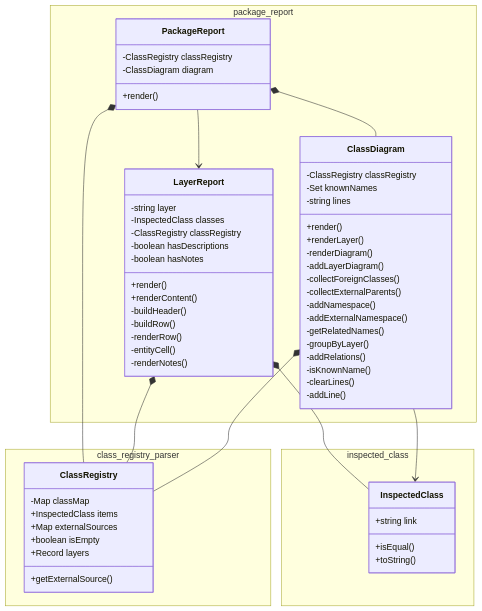
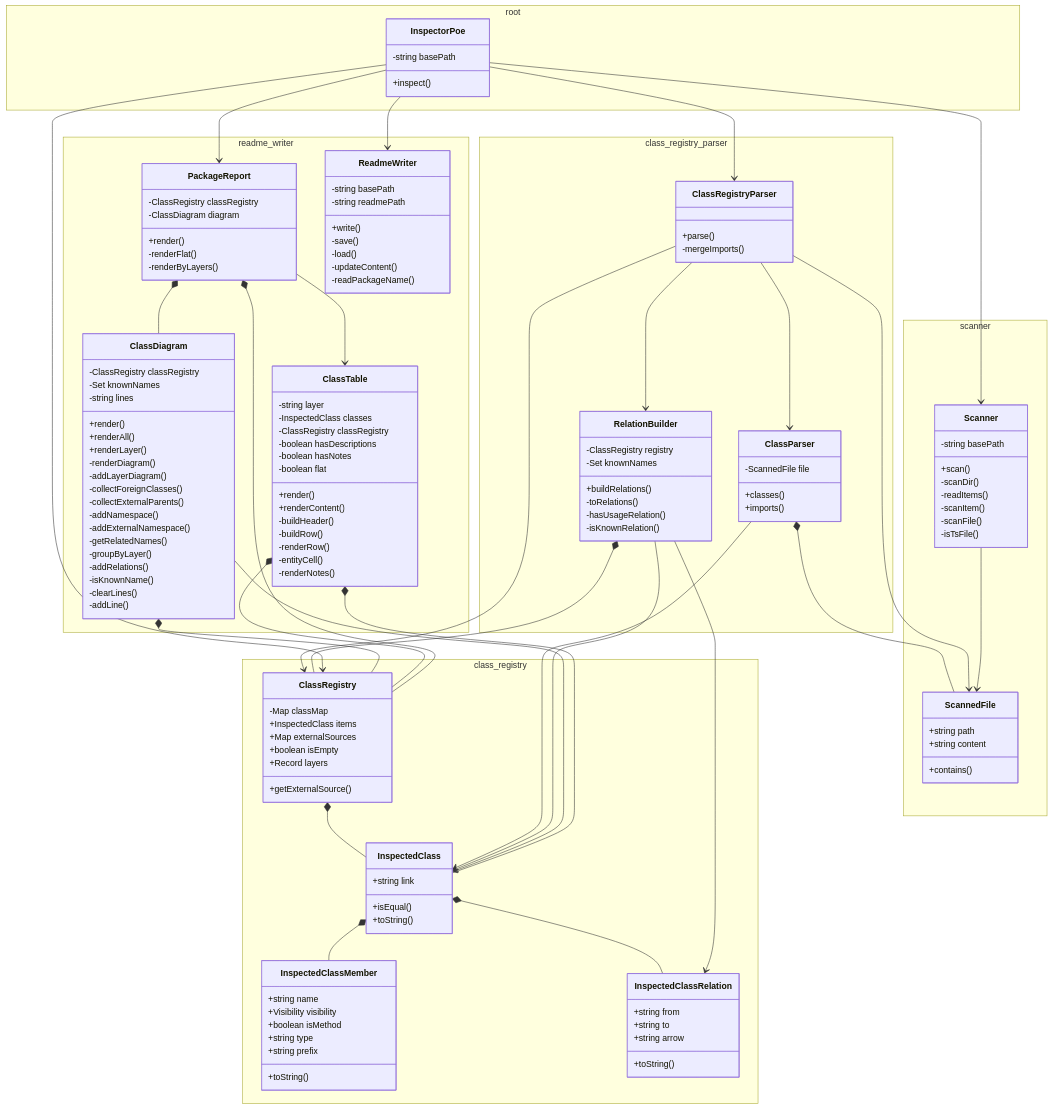
The diagram in packages/poe/README.md (pslotinsky/decay-of-magic), drawn with Mermaid before and after one commit. The commit also changed other lines of this file and 20 other files, not shown here.

Commit message:
DOD-0004: Add flat-mode for Poe

````diff
--- a/packages/poe/README.md
+++ b/packages/poe/README.md
@@ -115,11 +6,60 @@
 ```mermaid
 classDiagram
-  namespace package_report {
+  namespace class_registry {
+    class ClassRegistry {
+      -Map classMap
+      +InspectedClass items
+      +Map externalSources
+      +boolean isEmpty
+      +Record layers
+      +getExternalSource()
+    }
+    class InspectedClass {
+      +string link
+      +isEqual()
+      +toString()
+    }
+    class InspectedClassMember {
+      +string name
+      +Visibility visibility
+      +boolean isMethod
+      +string type
+      +string prefix
+      +toString()
+    }
+    class InspectedClassRelation {
+      +string from
+      +string to
+      +string arrow
+      +toString()
+    }
+  }
+  namespace class_registry_parser {
+    class ClassParser {
+      -ScannedFile file
+      +classes()
+      +imports()
+    }
+    class ClassRegistryParser {
+      +parse()
+      -mergeImports()
+    }
+    class RelationBuilder {
+      -ClassRegistry registry
+      -Set knownNames
+      +buildRelations()
+      -toRelations()
+      -hasUsageRelation()
+      -isKnownRelation()
+    }
+  }
+  namespace readme_writer {
     class ClassDiagram {
       -ClassRegistry classRegistry
       -Set knownNames
       -string lines
       +render()
+      +renderAll()
       +renderLayer()
       -renderDiagram()
       -addLayerDiagram()
@@ -134,12 +74,13 @@
       -clearLines()
       -addLine()
     }
-    class LayerReport {
+    class ClassTable {
       -string layer
       -InspectedClass classes
       -ClassRegistry classRegistry
       -boolean hasDescriptions
       -boolean hasNotes
+      -boolean flat
       +render()
       +renderContent()
       -buildHeader()
@@ -152,31 +93,65 @@
       -ClassRegistry classRegistry
       -ClassDiagram diagram
       +render()
+      -renderFlat()
+      -renderByLayers()
+    }
+    class ReadmeWriter {
+      -string basePath
+      -string readmePath
+      +write()
+      -save()
+      -load()
+      -updateContent()
+      -readPackageName()
     }
   }
-  namespace class_registry_parser {
-    class ClassRegistry {
-      -Map classMap
-      +InspectedClass items
-      +Map externalSources
-      +boolean isEmpty
-      +Record layers
-      +getExternalSource()
+  namespace scanner {
+    class ScannedFile {
+      +string path
+      +string content
+      +contains()
+    }
+    class Scanner {
+      -string basePath
+      +scan()
+      -scanDir()
+      -readItems()
+      -scanItem()
+      -scanFile()
+      -isTsFile()
     }
   }
-  namespace inspected_class {
-    class InspectedClass {
-      +string link
-      +isEqual()
-      +toString()
+  namespace root {
+    class InspectorPoe {
+      -string basePath
+      +inspect()
     }
   }
 
+  ClassRegistry *-- InspectedClass
+  InspectedClass *-- InspectedClassMember
+  InspectedClass *-- InspectedClassRelation
+  ClassParser *-- ScannedFile
+  ClassParser --> InspectedClass
+  ClassRegistryParser --> ClassRegistry
+  ClassRegistryParser --> ClassParser
+  ClassRegistryParser --> RelationBuilder
+  ClassRegistryParser --> ScannedFile
+  RelationBuilder *-- ClassRegistry
+  RelationBuilder --> InspectedClass
+  RelationBuilder --> InspectedClassRelation
+  InspectorPoe --> ClassRegistry
+  InspectorPoe --> ClassRegistryParser
+  InspectorPoe --> PackageReport
+  InspectorPoe --> ReadmeWriter
+  InspectorPoe --> Scanner
   ClassDiagram *-- ClassRegistry
   ClassDiagram --> InspectedClass
-  LayerReport *-- InspectedClass
-  LayerReport *-- ClassRegistry
+  ClassTable *-- InspectedClass
+  ClassTable *-- ClassRegistry
   PackageReport *-- ClassRegistry
   PackageReport *-- ClassDiagram
-  PackageReport --> LayerReport
+  PackageReport --> ClassTable
+  Scanner --> ScannedFile
 ```
````
